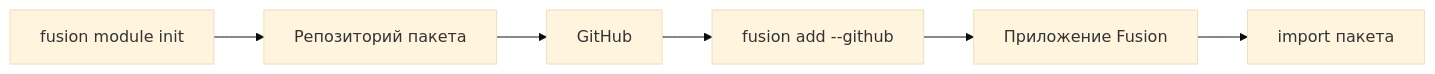
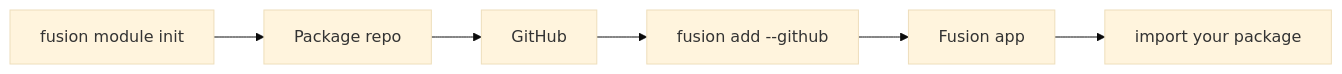
One commit to cipherunits/fusion-docs changed the diagram in content/docs/ru/cli/v1/modules.mdx. Above: the diagram before and after it, drawn with Mermaid (base theme). The commit also changed other lines of this file and 73 other files, not shown here.

````diff
--- a/content/docs/ru/cli/v1/modules.mdx
+++ b/content/docs/ru/cli/v1/modules.mdx
@@ -11,8 +11,8 @@
 ```mermaid
 flowchart LR
-  init["fusion module init"] --> pkg["Репозиторий пакета"]
+  init["fusion module init"] --> pkg["Package repo"]
   pkg --> gh["GitHub"]
   gh --> add["fusion add --github"]
-  add --> app["Приложение Fusion"]
-  app --> import["import пакета"]
+  add --> app["Fusion app"]
+  app --> import["import your package"]
 ```
````
